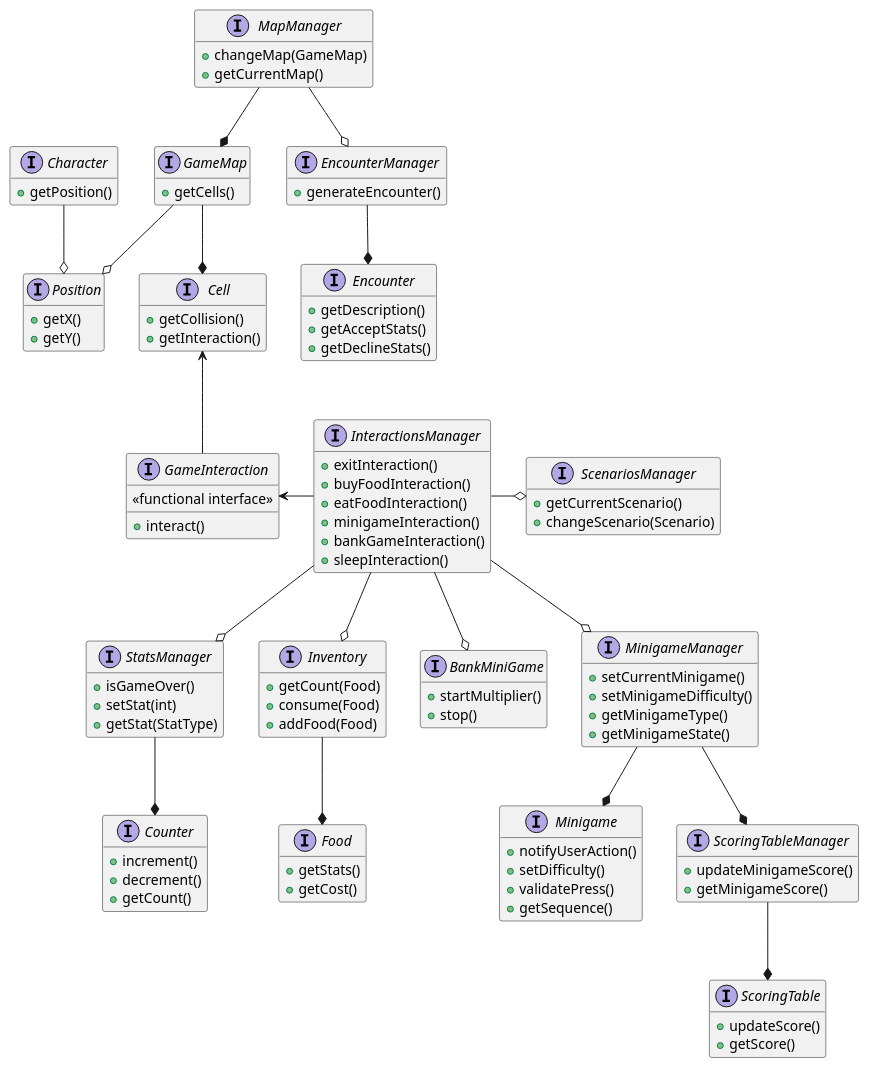
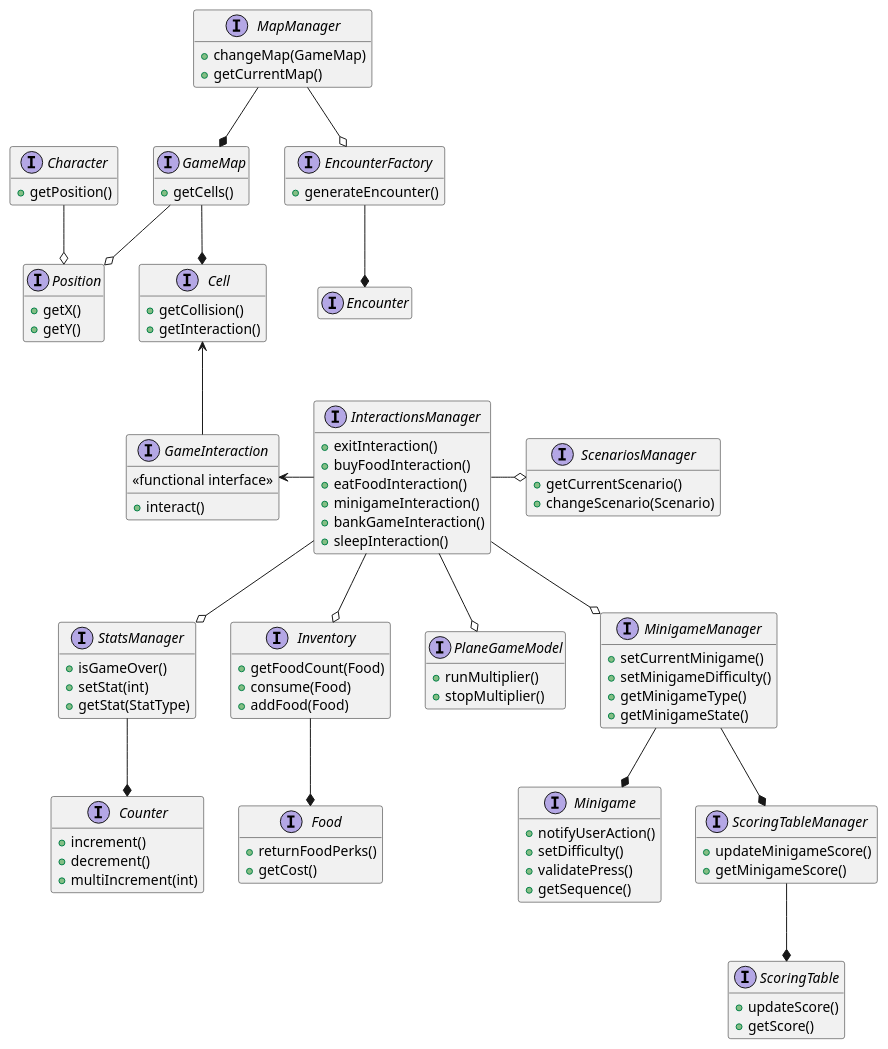
The diagram in UML/Domain.puml (Lucaaa31/OOP23-gym-life), drawn with PlantUML before and after one commit. The commit also changed 1 other file, not shown here.

Commit message:
modified UML.

```diff
--- a/UML/Domain.puml
+++ b/UML/Domain.puml
@@ -1,135 +1,131 @@
 @startuml
 'https://plantuml.com/interface-diagram
 
 hide empty members
 
     MapManager --* GameMap
     GameMap --* Cell
     GameMap --o Position
     Character --o Position
     StatsManager --* Counter
     Cell <-- GameInteraction
     GameInteraction <- InteractionsManager
     InteractionsManager --o StatsManager
     InteractionsManager -o ScenariosManager
     InteractionsManager --o Inventory
-    InteractionsManager --o BankMiniGame
+    InteractionsManager --o PlaneGameModel
     Inventory --* Food
-    EncounterManager --* Encounter
-    MapManager --o EncounterManager
+    EncounterFactory --* Encounter
+    MapManager --o EncounterFactory
     InteractionsManager --o MinigameManager
     MinigameManager --* Minigame
     MinigameManager --* ScoringTableManager
     ScoringTableManager --* ScoringTable
 
 
 
     interface Cell {
         +getCollision()
         +getInteraction()
     }
 
     interface StatsManager{
         +isGameOver()
         +setStat(int)
         +getStat(StatType)
     }
 
     interface Counter{
         +increment()
         +decrement()
-        +getCount()
+        +multiIncrement(int)
     }
 
     interface GameMap {
         +getCells()
     }
 
     interface MapManager {
         +changeMap(GameMap)
         +getCurrentMap()
     }
 
     interface Position{
         +getX()
         +getY()
     }
 
     interface Character {
         
         +getPosition()
     }
 
-    interface EncounterManager {
+    interface EncounterFactory {
         
         +generateEncounter()
     }
 
     interface Encounter{
-        
-        +getDescription()
-        +getAcceptStats()
-        +getDeclineStats()
     }
 
     interface ScenariosManager{
         
         +getCurrentScenario()
         +changeScenario(Scenario)
     }
 
     interface Food{
-        +getStats()
+        +returnFoodPerks()
         +getCost()
     }
 
     interface Inventory{
-        +getCount(Food)
+        +getFoodCount(Food)
         +consume(Food)
         +addFood(Food)
     }
 
-    interface BankMiniGame {
-        +startMultiplier()
-        +stop()
+    interface PlaneGameModel {
+        +runMultiplier()
+        +stopMultiplier()
     }
 
     interface MinigameManager {
         +setCurrentMinigame()
         +setMinigameDifficulty()
         +getMinigameType()
         +getMinigameState()
     }
 
     interface Minigame {
         +notifyUserAction()
         +setDifficulty()
         +validatePress()
         +getSequence()
 
     }
 
     interface InteractionsManager{
         +exitInteraction()
         +buyFoodInteraction()
         +eatFoodInteraction()
         +minigameInteraction()
         +bankGameInteraction()
         +sleepInteraction()
     }
 
     interface GameInteraction{
         <<functional interface>>
         +interact()
     }
 
     interface ScoringTable{
         +updateScore()
         +getScore()
     }
     interface ScoringTableManager{
         +updateMinigameScore()
         +getMinigameScore()
     }
 
 @enduml
```
